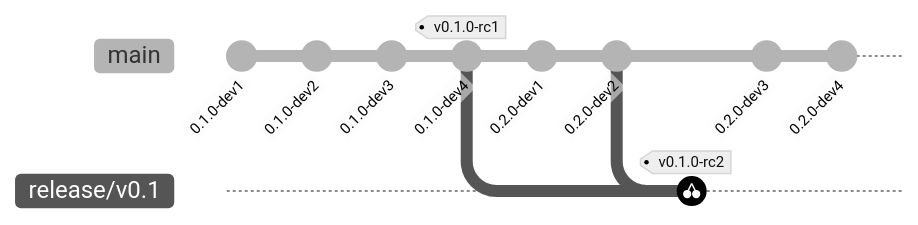
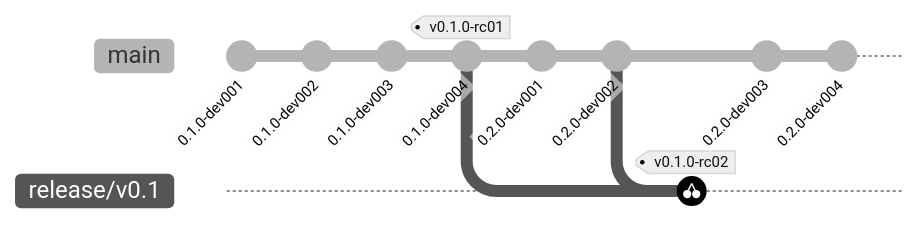
Before and after one commit to tomtom-international/commisery-action: diagram 11 of 14 in docs/sdk-versioning.md, drawn with Mermaid (neutral theme). The commit also changed other lines of this file, not shown here.

````diff
--- a/docs/sdk-versioning.md
+++ b/docs/sdk-versioning.md
@@ -474,16 +474,16 @@
 ```mermaid
 gitGraph
-  commit id: "0.1.0-dev1"
-  commit id: "0.1.0-dev2"
-  commit id: "0.1.0-dev3"
-  commit id: "0.1.0-dev4" tag: "v0.1.0-rc1"
+  commit id: "0.1.0-dev001"
+  commit id: "0.1.0-dev002"
+  commit id: "0.1.0-dev003"
+  commit id: "0.1.0-dev004" tag: "v0.1.0-rc01"
   branch release/v0.1
   checkout main
-  commit id: "0.2.0-dev1"
-  commit id: "0.2.0-dev2"
+  commit id: "0.2.0-dev001"
+  commit id: "0.2.0-dev002"
   checkout release/v0.1
-  cherry-pick id: "0.2.0-dev2" tag: "v0.1.0-rc2"
+  cherry-pick id: "0.2.0-dev002" tag: "v0.1.0-rc02"
   checkout main
-  commit id: "0.2.0-dev3"
-  commit id: "0.2.0-dev4"
+  commit id: "0.2.0-dev003"
+  commit id: "0.2.0-dev004"
 ```
````
